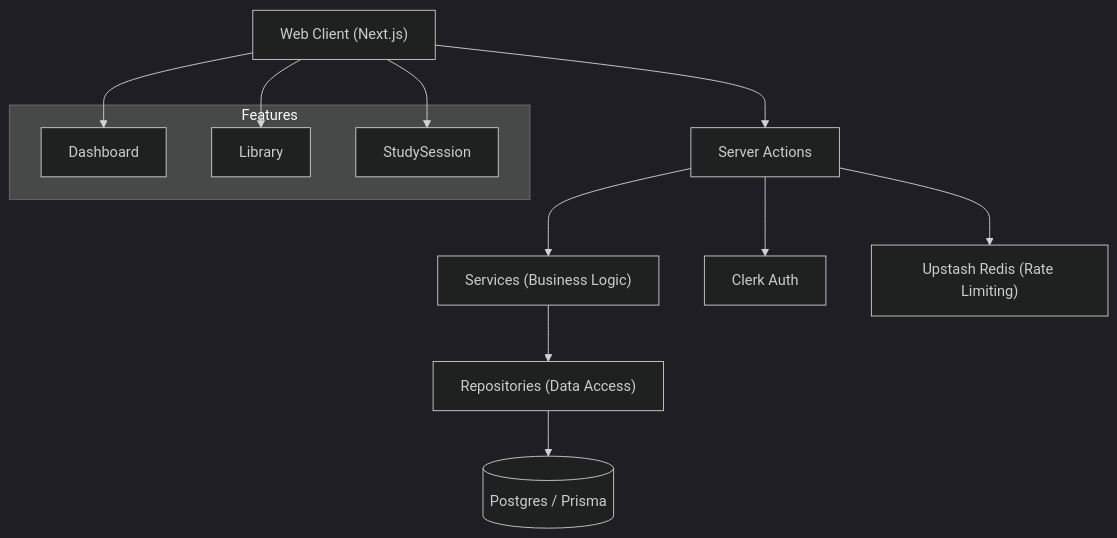
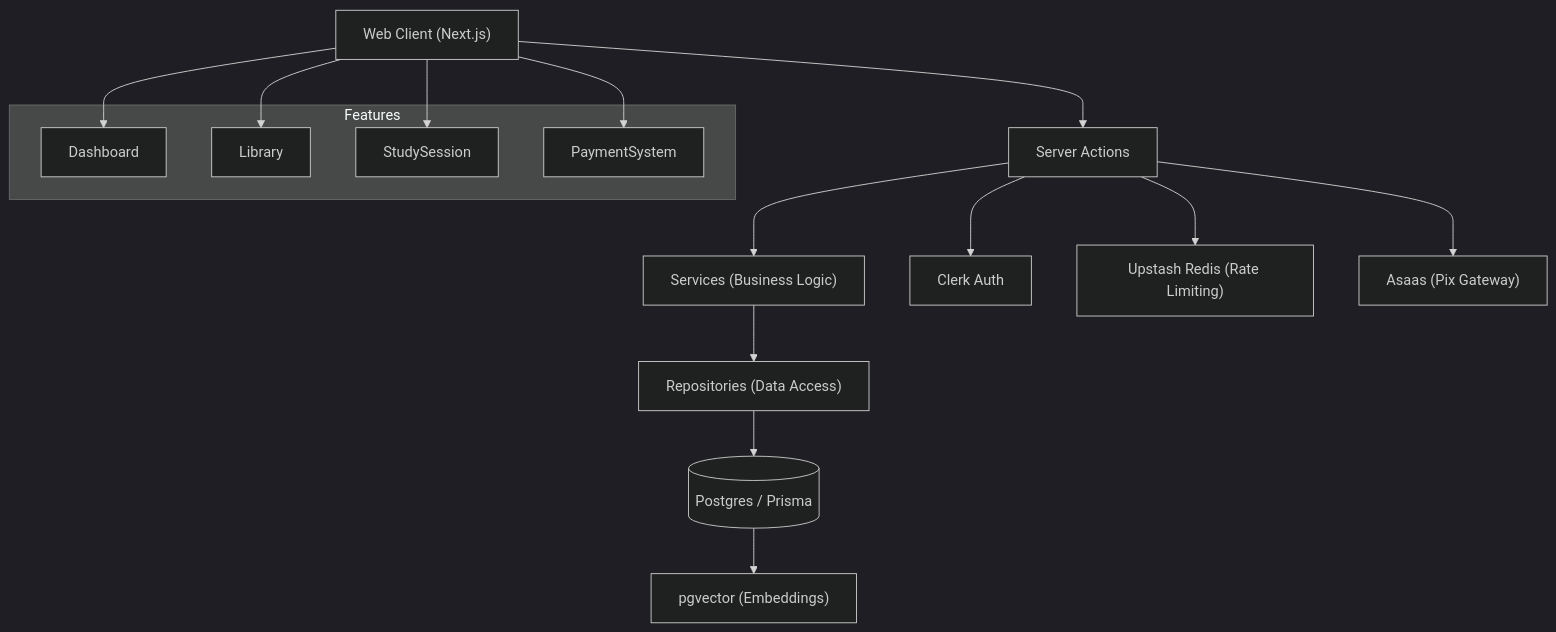
One commit to HenryXV/study-platform changed the first of 3 diagrams in docs/ARCHITECTURE.md. Above: the diagram before and after it, drawn with Mermaid (dark theme). The commit also changed other lines of this file and 7 other files, not shown here.

````diff
--- a/docs/ARCHITECTURE.md
+++ b/docs/ARCHITECTURE.md
@@ -7,20 +7,24 @@
 ```mermaid
 graph TB
     Client["Web Client (Next.js)"] --> API["Server Actions"]
     API --> Service["Services (Business Logic)"]
     Service --> Repo["Repositories (Data Access)"]
     Repo --> DB[("Postgres / Prisma")]
+    DB --> Vector["pgvector (Embeddings)"]
     
     API --> Auth["Clerk Auth"]
     API --> Cache["Upstash Redis (Rate Limiting)"]
+    API --> Payment["Asaas (Pix Gateway)"]
     
     subgraph "Features"
         Dashboard
         Library
         StudySession
+        PaymentSystem
     end
     
     Client --> Dashboard
     Client --> Library
     Client --> StudySession
+    Client --> PaymentSystem
 ```
````
